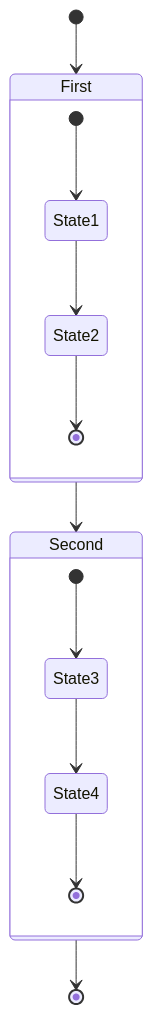
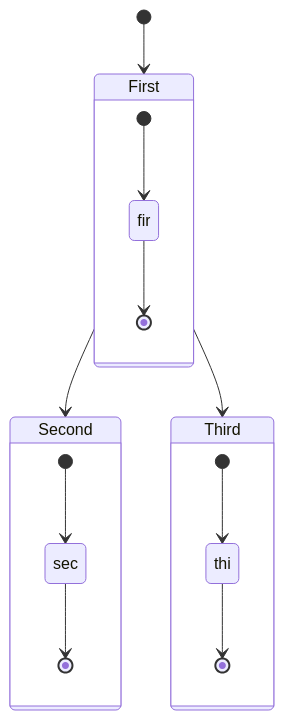
The ninth of 19 diagrams in skills/mermaid/examples/state.md (teachingai/full-stack-skills), drawn with Mermaid before and after one commit. The commit also changed other lines of this file and 21 other files, not shown here.

First line of the commit message:
docs(mermaid): 更新架构、块、C4和类图示例文档

````diff
--- a/skills/mermaid/examples/state.md
+++ b/skills/mermaid/examples/state.md
@@ -66,20 +132,19 @@
 ```mermaid
 stateDiagram-v2
     [*] --> First
+    First --> Second
+    First --> Third
 
     state First {
-        [*] --> State1
-        State1 --> State2
-        State2 --> [*]
+        [*] --> fir
+        fir --> [*]
     }
-
-    First --> Second
-
     state Second {
-        [*] --> State3
-        State3 --> State4
-        State4 --> [*]
+        [*] --> sec
+        sec --> [*]
     }
-
-    Second --> [*]
+    state Third {
+        [*] --> thi
+        thi --> [*]
+    }
 ```
````
